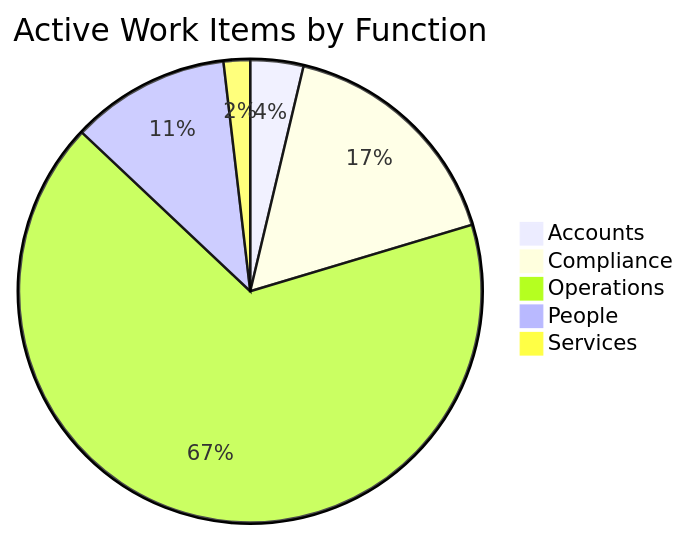
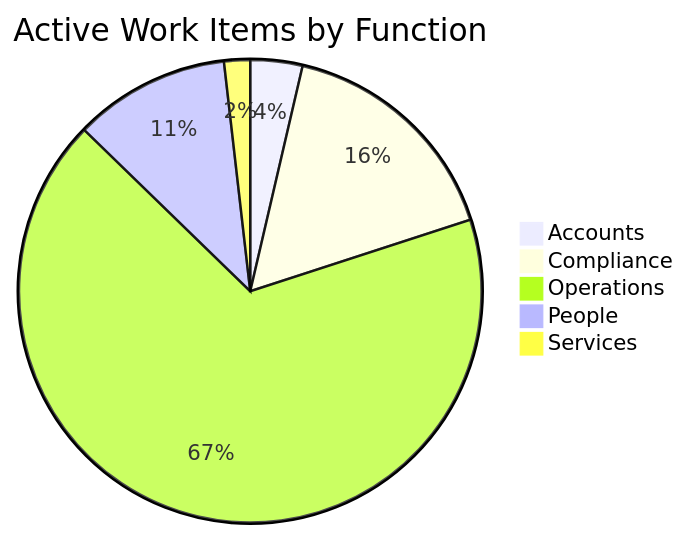
Before and after one commit to mgosal/5et.uk: the first of 3 diagrams in dashboard.md, drawn with Mermaid. The commit also changed other lines of this file and 3 other files, not shown here.

````diff
--- a/dashboard.md
+++ b/dashboard.md
@@ -180,8 +178,8 @@
 ```mermaid
 pie title Active Work Items by Function
     "Accounts" : 2
     "Compliance" : 9
-    "Operations" : 36
+    "Operations" : 37
     "People" : 6
     "Services" : 1
 ```
````
